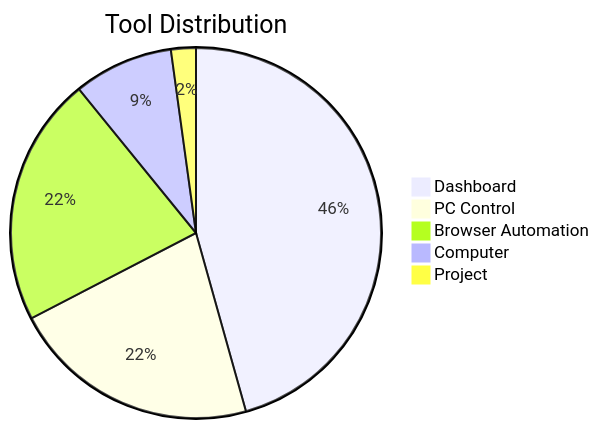
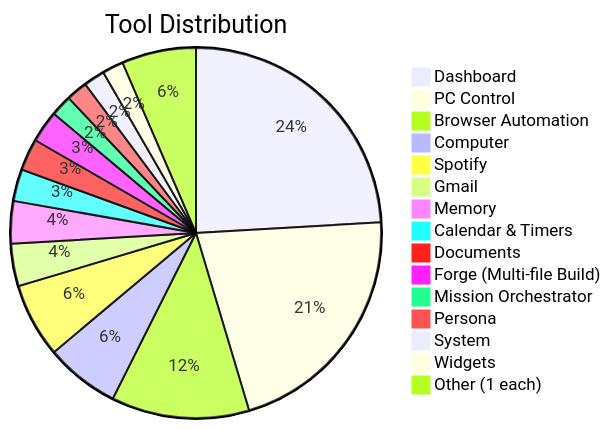
One commit to HailLucifer666/Agent_OS changed the ninth of 11 diagrams in README.md. Above: the diagram before and after it, drawn with Mermaid. The commit also changed other lines of this file and 10 other files, not shown here.

````diff
--- a/README.md
+++ b/README.md
@@ -388,8 +391,18 @@
 ```mermaid
 pie title Tool Distribution
-    "Dashboard" : 21
-    "PC Control" : 10
-    "Browser Automation" : 10
-    "Computer" : 4
-    "Project" : 1
+    "Dashboard" : 26
+    "PC Control" : 23
+    "Browser Automation" : 13
+    "Computer" : 7
+    "Spotify" : 7
+    "Gmail" : 4
+    "Memory" : 4
+    "Calendar & Timers" : 3
+    "Documents" : 3
+    "Forge (Multi-file Build)" : 3
+    "Mission Orchestrator" : 2
+    "Persona" : 2
+    "System" : 2
+    "Widgets" : 2
+    "Other (1 each)" : 7
 ```
````
